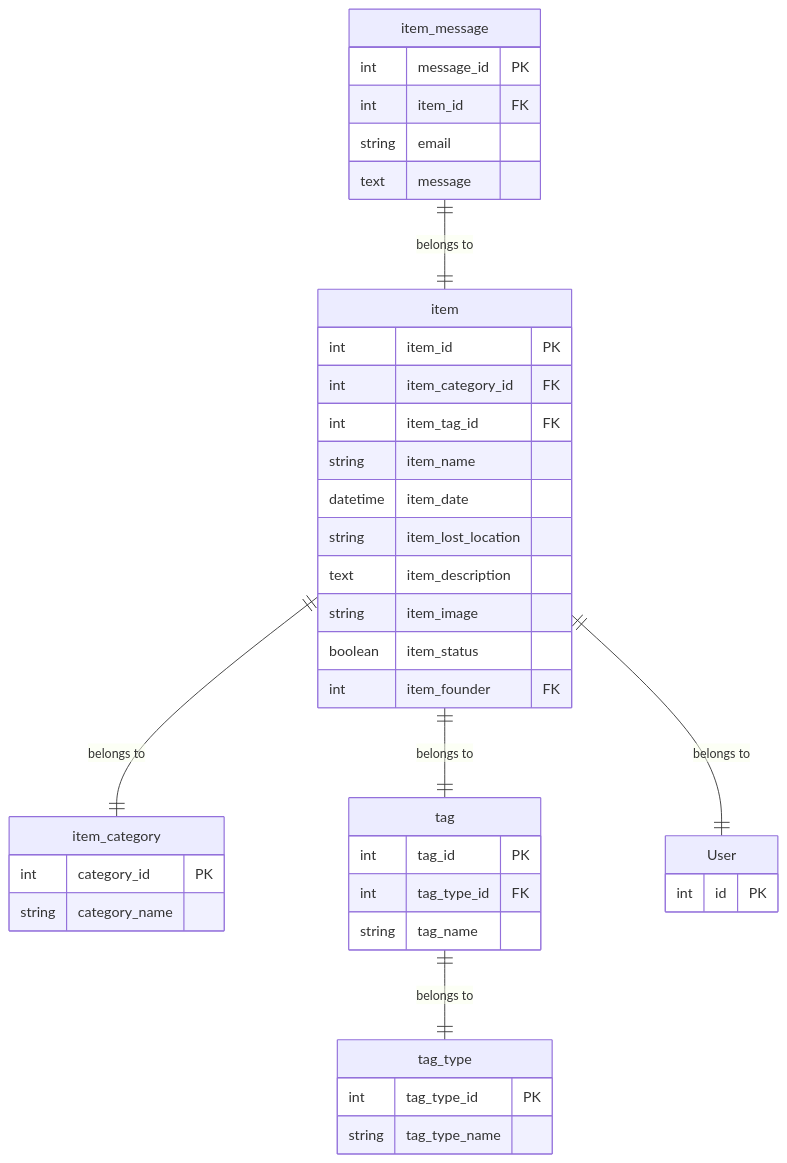
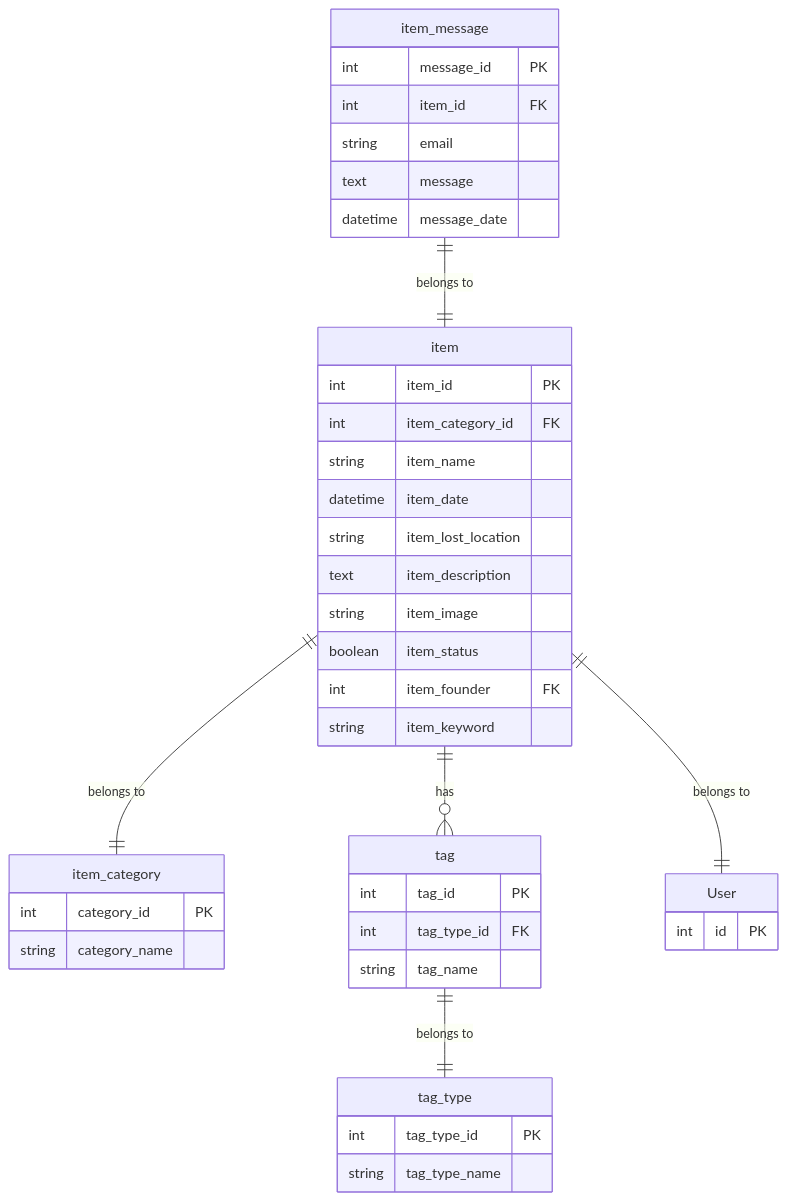
The diagram in ER.md (hirohiroto112607/ReClaim), drawn with Mermaid before and after one commit. The commit also changed 1 other file, not shown here.

Commit message:
機能改善: ER図を更新TODOリストを整理

````diff
--- a/ER.md
+++ b/ER.md
@@ -3,44 +3,45 @@
 ```mermaid
 erDiagram
     item {
         int item_id PK
         int item_category_id FK
-        int item_tag_id FK
         string item_name
         datetime item_date
         string item_lost_location
         text item_description
         string item_image
         boolean item_status
         int item_founder FK
+        string item_keyword
     }
     item_category {
         int category_id PK
         string category_name
     }
     tag {
         int tag_id PK
         int tag_type_id FK
         string tag_name
     }
     tag_type {
         int tag_type_id PK
         string tag_type_name
     }
     item_message {
         int message_id PK
         int item_id FK
         string email
         text message
+        datetime message_date
     }
     User {
         int id PK
     }
 
     item ||--|| item_category : "belongs to"
-    item ||--|| tag : "belongs to"
+    item ||--o{ tag : "has"
     item ||--|| User : "belongs to"
     tag ||--|| tag_type : "belongs to"
     item_message ||--|| item : "belongs to"
 
 ```
````
